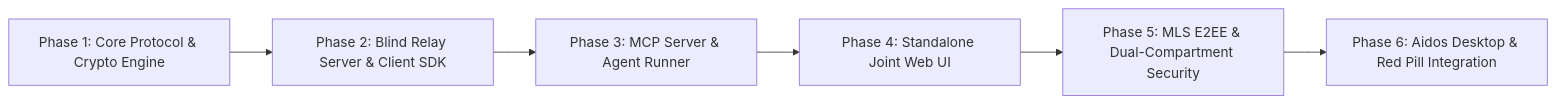
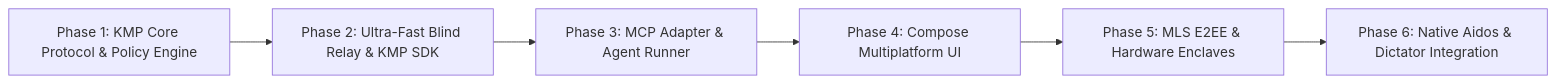
One commit to jsilvanus/agentic-messenger changed the diagram in docs/roadmap.md. Above: the diagram before and after it, drawn with Mermaid. The commit also changed other lines of this file and 1 other file, not shown here.

Commit message:
refactor: pivot tech stack to Kotlin Multiplatform (KMP), Compose Multiplatform, and ultra-efficient blind relay

````diff
--- a/docs/roadmap.md
+++ b/docs/roadmap.md
@@ -11,8 +11,8 @@
 ```mermaid
 flowchart LR
-    M1["Phase 1: Core Protocol & Crypto Engine"] --> M2["Phase 2: Blind Relay Server & Client SDK"]
-    M2 --> M3["Phase 3: MCP Server & Agent Runner"]
-    M3 --> M4["Phase 4: Standalone Joint Web UI"]
-    M4 --> M5["Phase 5: MLS E2EE & Dual-Compartment Security"]
-    M5 --> M6["Phase 6: Aidos Desktop & Red Pill Integration"]
+    M1["Phase 1: KMP Core Protocol & Policy Engine"] --> M2["Phase 2: Ultra-Fast Blind Relay & KMP SDK"]
+    M2 --> M3["Phase 3: MCP Adapter & Agent Runner"]
+    M3 --> M4["Phase 4: Compose Multiplatform UI"]
+    M4 --> M5["Phase 5: MLS E2EE & Hardware Enclaves"]
+    M5 --> M6["Phase 6: Native Aidos & Dictator Integration"]
 ```
````
